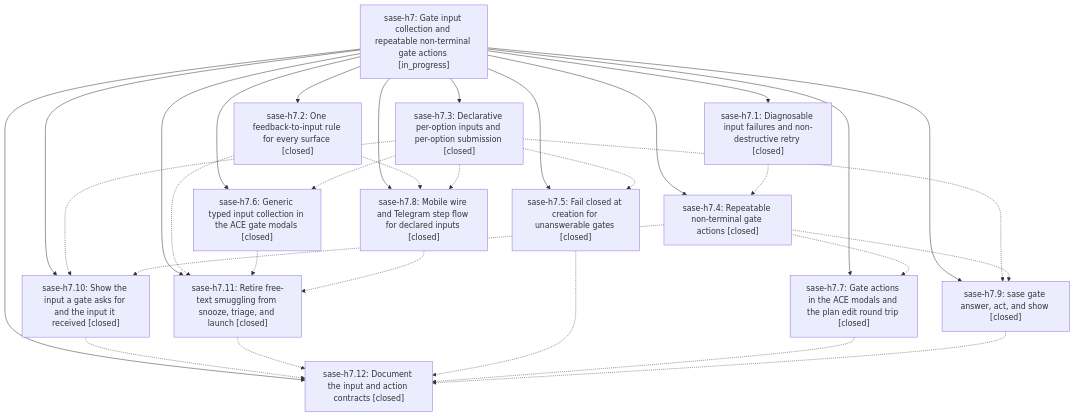
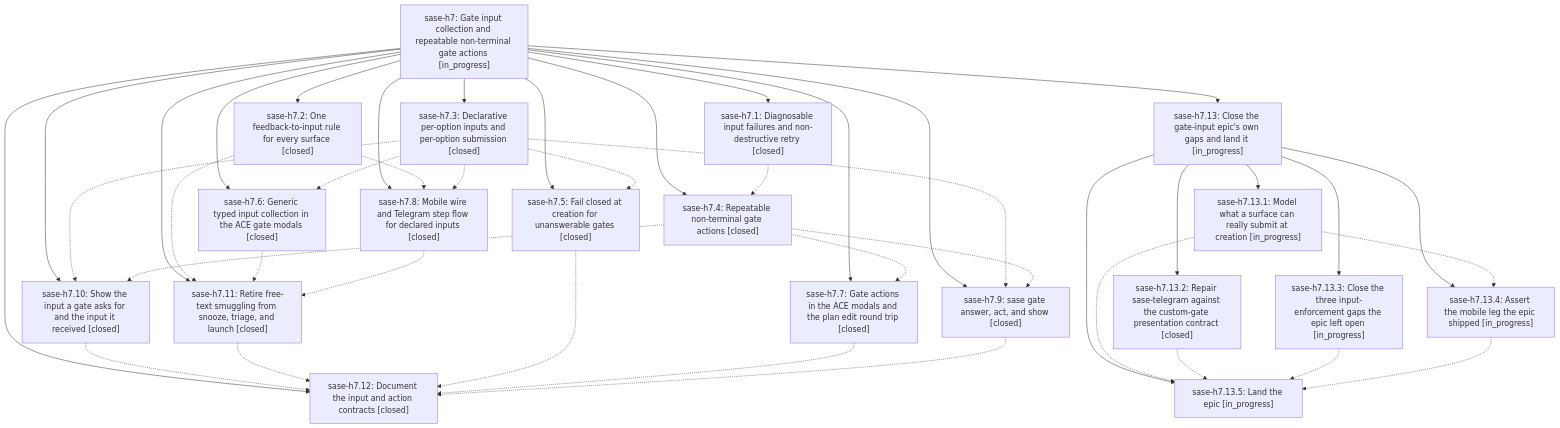
One commit to sase-org/sase--beads changed the diagram in pages/sase-h7/README.md. Above: the diagram before and after it, drawn with Mermaid. The commit also changed other lines of this file and 7 other files, not shown here.

````diff
--- a/pages/sase-h7/README.md
+++ b/pages/sase-h7/README.md
@@ -56,46 +58,63 @@
 ```mermaid
 flowchart TD
     n0["sase-h7: Gate input collection and repeatable non-terminal gate actions [in_progress]"]
     n1["sase-h7.1: Diagnosable input failures and non-destructive retry [closed]"]
     n2["sase-h7.10: Show the input a gate asks for and the input it received [closed]"]
     n3["sase-h7.11: Retire free-text smuggling from snooze, triage, and launch [closed]"]
     n4["sase-h7.12: Document the input and action contracts [closed]"]
-    n5["sase-h7.2: One feedback-to-input rule for every surface [closed]"]
-    n6["sase-h7.3: Declarative per-option inputs and per-option submission [closed]"]
-    n7["sase-h7.4: Repeatable non-terminal gate actions [closed]"]
-    n8["sase-h7.5: Fail closed at creation for unanswerable gates [closed]"]
-    n9["sase-h7.6: Generic typed input collection in the ACE gate modals [closed]"]
-    n10["sase-h7.7: Gate actions in the ACE modals and the plan edit round trip [closed]"]
-    n11["sase-h7.8: Mobile wire and Telegram step flow for declared inputs [closed]"]
-    n12["sase-h7.9: sase gate answer, act, and show [closed]"]
+    n5["sase-h7.13: Close the gate-input epic's own gaps and land it [in_progress]"]
+    n6["sase-h7.13.1: Model what a surface can really submit at creation [in_progress]"]
+    n7["sase-h7.13.2: Repair sase-telegram against the custom-gate presentation contract [closed]"]
+    n8["sase-h7.13.3: Close the three input-enforcement gaps the epic left open [in_progress]"]
+    n9["sase-h7.13.4: Assert the mobile leg the epic shipped [in_progress]"]
+    n10["sase-h7.13.5: Land the epic [in_progress]"]
+    n11["sase-h7.2: One feedback-to-input rule for every surface [closed]"]
+    n12["sase-h7.3: Declarative per-option inputs and per-option submission [closed]"]
+    n13["sase-h7.4: Repeatable non-terminal gate actions [closed]"]
+    n14["sase-h7.5: Fail closed at creation for unanswerable gates [closed]"]
+    n15["sase-h7.6: Generic typed input collection in the ACE gate modals [closed]"]
+    n16["sase-h7.7: Gate actions in the ACE modals and the plan edit round trip [closed]"]
+    n17["sase-h7.8: Mobile wire and Telegram step flow for declared inputs [closed]"]
+    n18["sase-h7.9: sase gate answer, act, and show [closed]"]
     n0 --> n1
     n0 --> n2
     n0 --> n3
     n0 --> n4
     n0 --> n5
-    n0 --> n6
-    n0 --> n7
-    n0 --> n8
-    n0 --> n9
-    n0 --> n10
+    n5 --> n6
+    n5 --> n7
+    n5 --> n8
+    n5 --> n9
+    n5 --> n10
     n0 --> n11
     n0 --> n12
-    n1 -.-> n7
+    n0 --> n13
+    n0 --> n14
+    n0 --> n15
+    n0 --> n16
+    n0 --> n17
+    n0 --> n18
+    n1 -.-> n13
     n2 -.-> n4
     n3 -.-> n4
-    n5 -.-> n3
-    n5 -.-> n11
-    n6 -.-> n2
-    n6 -.-> n8
     n6 -.-> n9
-    n6 -.-> n11
-    n6 -.-> n12
-    n7 -.-> n2
+    n6 -.-> n10
     n7 -.-> n10
-    n7 -.-> n12
-    n8 -.-> n4
-    n9 -.-> n3
-    n10 -.-> n4
+    n8 -.-> n10
+    n9 -.-> n10
     n11 -.-> n3
-    n12 -.-> n4
+    n11 -.-> n17
+    n12 -.-> n2
+    n12 -.-> n14
+    n12 -.-> n15
+    n12 -.-> n17
+    n12 -.-> n18
+    n13 -.-> n2
+    n13 -.-> n16
+    n13 -.-> n18
+    n14 -.-> n4
+    n15 -.-> n3
+    n16 -.-> n4
+    n17 -.-> n3
+    n18 -.-> n4
 ```
````
